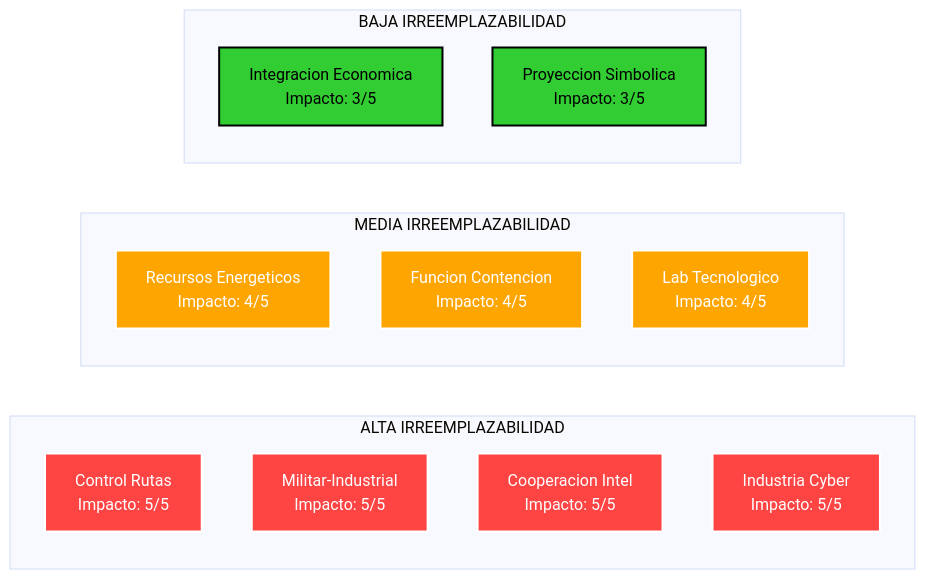
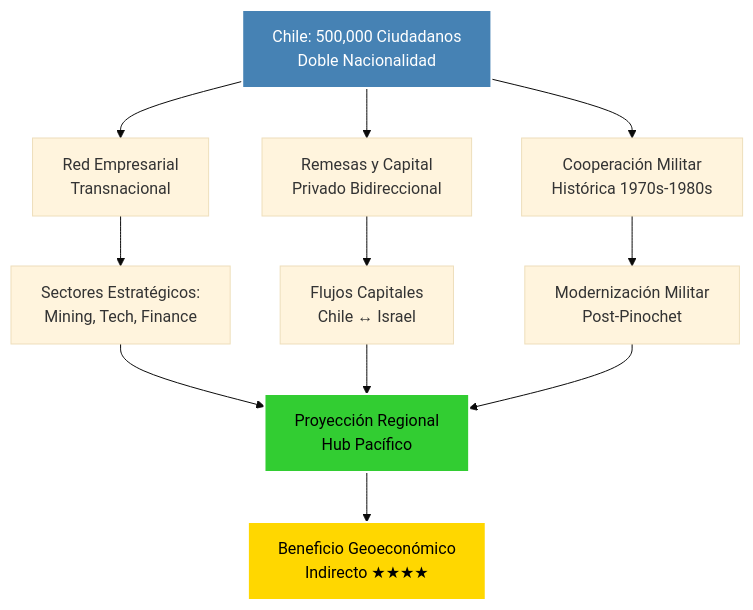
Before and after one commit to perpetuocambio/annotations: diagram 15 of 18 in intel/israel_geopolitical_analysis.md, drawn with Mermaid (base theme). The commit also changed other lines of this file, not shown here.

````diff
--- a/intel/israel_geopolitical_analysis.md
+++ b/intel/israel_geopolitical_analysis.md
@@ -494,30 +701,20 @@
 ```mermaid
-graph LR
-    subgraph "ALTA IRREEMPLAZABILIDAD"
-        A[Control Rutas<br/>Impacto: 5/5]
-        B[Militar-Industrial<br/>Impacto: 5/5]
-        C[Cooperacion Intel<br/>Impacto: 5/5]
-        D[Industria Cyber<br/>Impacto: 5/5]
-    end
+flowchart TD
+    A[Chile: 500,000 Ciudadanos<br/>Doble Nacionalidad] --> B[Red Empresarial<br/>Transnacional]
+    A --> C[Remesas y Capital<br/>Privado Bidireccional]
+    A --> D[Cooperación Militar<br/>Histórica 1970s-1980s]
 
-    subgraph "MEDIA IRREEMPLAZABILIDAD"
-        E[Recursos Energeticos<br/>Impacto: 4/5]
-        F[Funcion Contencion<br/>Impacto: 4/5]
-        G[Lab Tecnologico<br/>Impacto: 4/5]
-    end
+    B --> E[Sectores Estratégicos:<br/>Mining, Tech, Finance]
+    C --> F[Flujos Capitales<br/>Chile ↔ Israel]
+    D --> G[Modernización Militar<br/>Post-Pinochet]
 
-    subgraph "BAJA IRREEMPLAZABILIDAD"
-        H[Integracion Economica<br/>Impacto: 3/5]
-        I[Proyeccion Simbolica<br/>Impacto: 3/5]
-    end
+    E --> H[Proyección Regional<br/>Hub Pacífico]
+    F --> H
+    G --> H
 
-    style A fill:#ff4444,stroke:#fff,stroke-width:2px,color:#fff
-    style B fill:#ff4444,stroke:#fff,stroke-width:2px,color:#fff
-    style C fill:#ff4444,stroke:#fff,stroke-width:2px,color:#fff
-    style D fill:#ff4444,stroke:#fff,stroke-width:2px,color:#fff
-    style E fill:#ffa500,stroke:#fff,stroke-width:2px,color:#fff
-    style F fill:#ffa500,stroke:#fff,stroke-width:2px,color:#fff
-    style G fill:#ffa500,stroke:#fff,stroke-width:2px,color:#fff
-    style H fill:#32cd32,stroke:#000,stroke-width:2px,color:#000
-    style I fill:#32cd32,stroke:#000,stroke-width:2px,color:#000
+    H --> I[Beneficio Geoeconómico<br/>Indirecto ★★★★]
+
+    style A fill:#4682b4,stroke:#fff,stroke-width:2px,color:#fff
+    style H fill:#32cd32,stroke:#fff,stroke-width:2px,color:#000
+    style I fill:#ffd700,stroke:#fff,stroke-width:2px,color:#000
 ```
````
